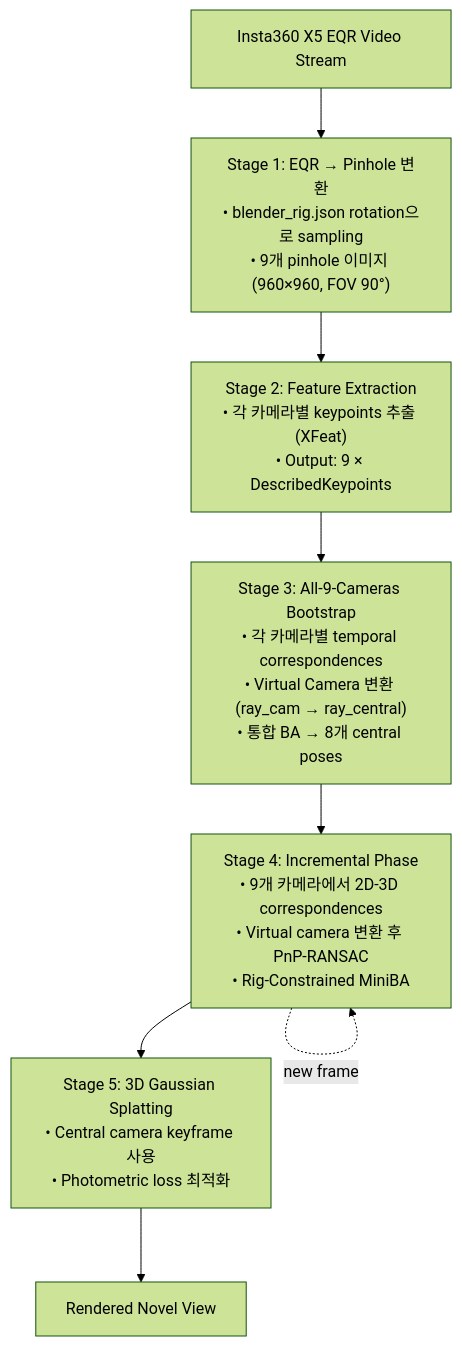
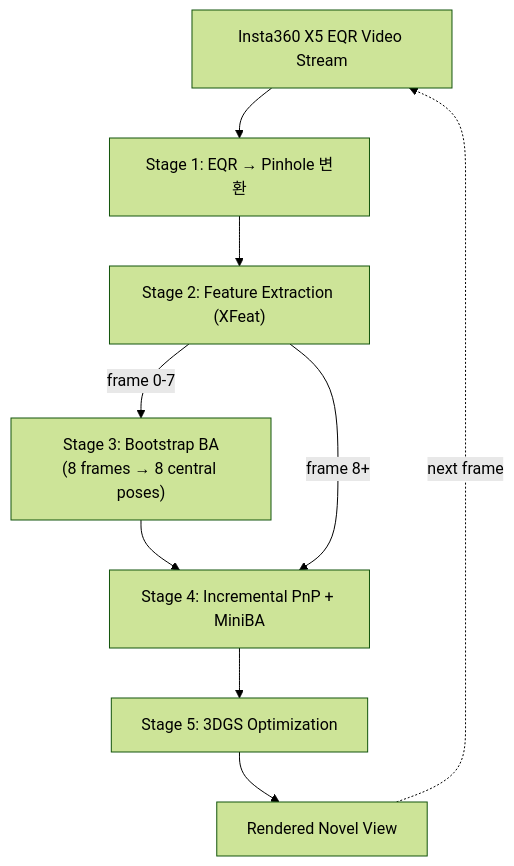
Before and after one commit to kyowon1108/gsplat-onthefly-nvs-study: the second of 2 diagrams in daily_docs/260126-rig_aware_bootstrap_proposal.md, drawn with Mermaid (forest theme). The commit also changed other lines of this file, not shown here.

Commit message:
modify: modify 260126 docs

````diff
--- a/daily_docs/260126-rig_aware_bootstrap_proposal.md
+++ b/daily_docs/260126-rig_aware_bootstrap_proposal.md
@@ -113,25 +113,19 @@
 ```mermaid
 flowchart TD
     INPUT["Insta360 X5 EQR Video Stream"]
 
-    S1["Stage 1: EQR → Pinhole 변환<br/>• blender_rig.json rotation으로 sampling<br/>• 9개 pinhole 이미지 (960×960, FOV 90°)"]
-
-    S2["Stage 2: Feature Extraction<br/>• 각 카메라별 keypoints 추출 (XFeat)<br/>• Output: 9 × DescribedKeypoints"]
-
-    S3["Stage 3: All-9-Cameras Bootstrap<br/>• 각 카메라별 temporal correspondences<br/>• Virtual Camera 변환 (ray_cam → ray_central)<br/>• 통합 BA → 8개 central poses"]
-
-    S4["Stage 4: Incremental Phase<br/>• 9개 카메라에서 2D-3D correspondences<br/>• Virtual camera 변환 후 PnP-RANSAC<br/>• Rig-Constrained MiniBA"]
-
-    S5["Stage 5: 3D Gaussian Splatting<br/>• Central camera keyframe 사용<br/>• Photometric loss 최적화"]
+    S1["Stage 1: EQR → Pinhole 변환"]
+    S2["Stage 2: Feature Extraction (XFeat)"]
+    S3["Stage 3: Bootstrap BA<br/>(8 frames → 8 central poses)"]
+    S4["Stage 4: Incremental PnP + MiniBA"]
+    S5["Stage 5: 3DGS Optimization"]
 
     OUTPUT["Rendered Novel View"]
 
-    INPUT --> S1
-    S1 --> S2
-    S2 --> S3
+    INPUT --> S1 --> S2
+    S2 -->|"frame 0-7"| S3
     S3 --> S4
-    S4 --> S5
-    S5 --> OUTPUT
-
-    S4 -.->|"new frame"| S4
+    S2 -->|"frame 8+"| S4
+    S4 --> S5 --> OUTPUT
+    OUTPUT -.->|"next frame"| INPUT
 ```
````
